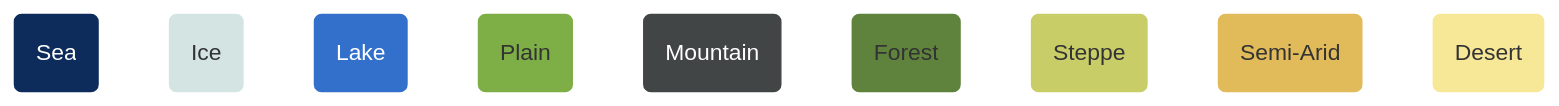
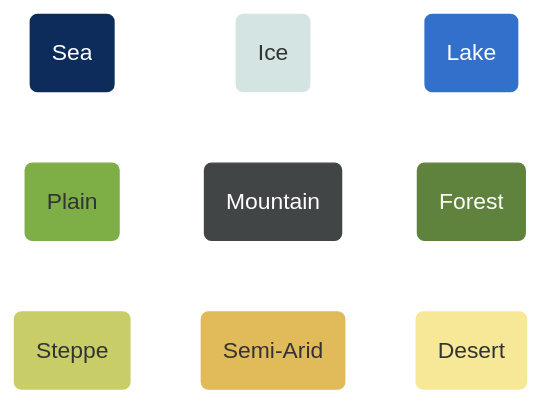
Before and after one commit to historionomy/civilization: the first of 2 diagrams in README.md, drawn with Mermaid.

````diff
--- a/README.md
+++ b/README.md
@@ -12,31 +12,25 @@
 ```mermaid
-graph TB
-a(Sea)
-b(Ice)
-c(Lake)
-d(Plain)
-e(Mountain)
-f(Forest)
-g(Steppe)
-h(Semi-Arid)
-i(Desert)
+graph LR
+a(Sea) ~~~ b(Ice) ~~~ c(Lake)
+d(Plain) ~~~ e(Mountain) ~~~ f(Forest)
+g(Steppe) ~~~ h(Semi-Arid) ~~~ i(Desert)
 
 classDef A fill:#0D2C5B,stroke:#0D2C5B,color:#FFFFFF;
 classDef B fill:#D3E4E3,stroke:#D3E4E3;
 classDef C fill:#3370CC,stroke:#3370CC,color:#FFFFFF;
 classDef D fill:#7EAF46,stroke:#7EAF46;
 classDef E fill:#414545,stroke:#414545,color:#FFFFFF;
-classDef F fill:#5F833C,stroke:#5F833C;
+classDef F fill:#5F833C,stroke:#5F833C,color:#FFFFFF;
 classDef G fill:#C8CD68,stroke:#C8CD68;
 classDef H fill:#E1BA5A,stroke:#E1BA5A;
 classDef I fill:#F7E898,stroke:#F7E898;
 class a A
 class b B
 class c C
 class d D
 class e E
 class f F
 class g G
 class h H
 class i I
 ```
````
